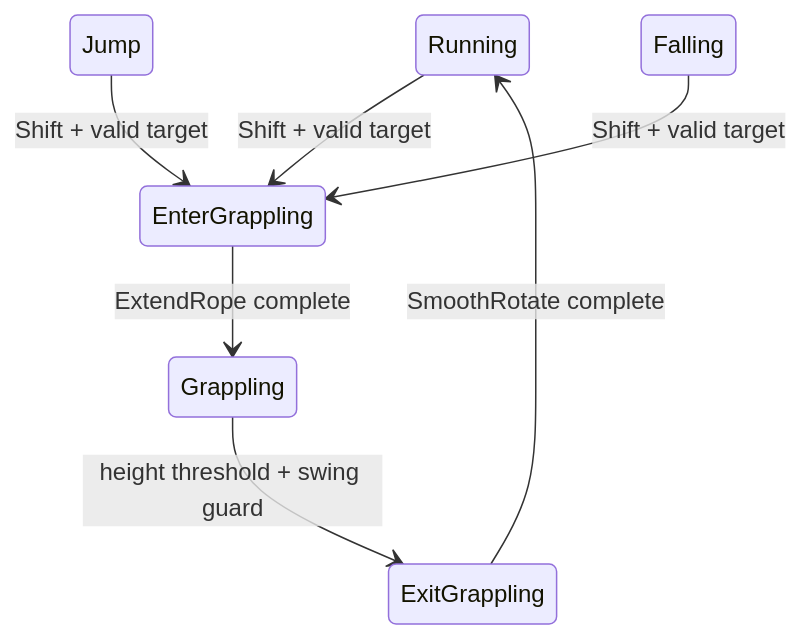
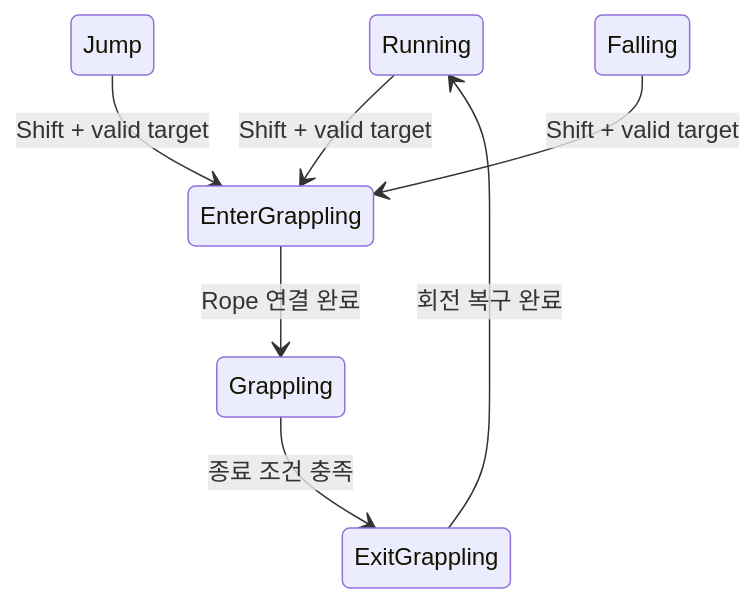
One commit to DuckBaee/DoDoDoIt-Client-Portfolio changed the second of 3 diagrams in Docs/RopeArchitecture.md. Above: the diagram before and after it, drawn with Mermaid. The commit also changed other lines of this file and 7 other files, not shown here.

````diff
--- a/Docs/RopeArchitecture.md
+++ b/Docs/RopeArchitecture.md
@@ -41,9 +41,9 @@
 ```mermaid
 stateDiagram-v2
     Running --> EnterGrappling: Shift + valid target
     Jump --> EnterGrappling: Shift + valid target
     Falling --> EnterGrappling: Shift + valid target
-    EnterGrappling --> Grappling: ExtendRope complete
-    Grappling --> ExitGrappling: height threshold + swing guard
-    ExitGrappling --> Running: SmoothRotate complete
+    EnterGrappling --> Grappling: Rope 연결 완료
+    Grappling --> ExitGrappling: 종료 조건 충족
+    ExitGrappling --> Running: 회전 복구 완료
 ```
````
